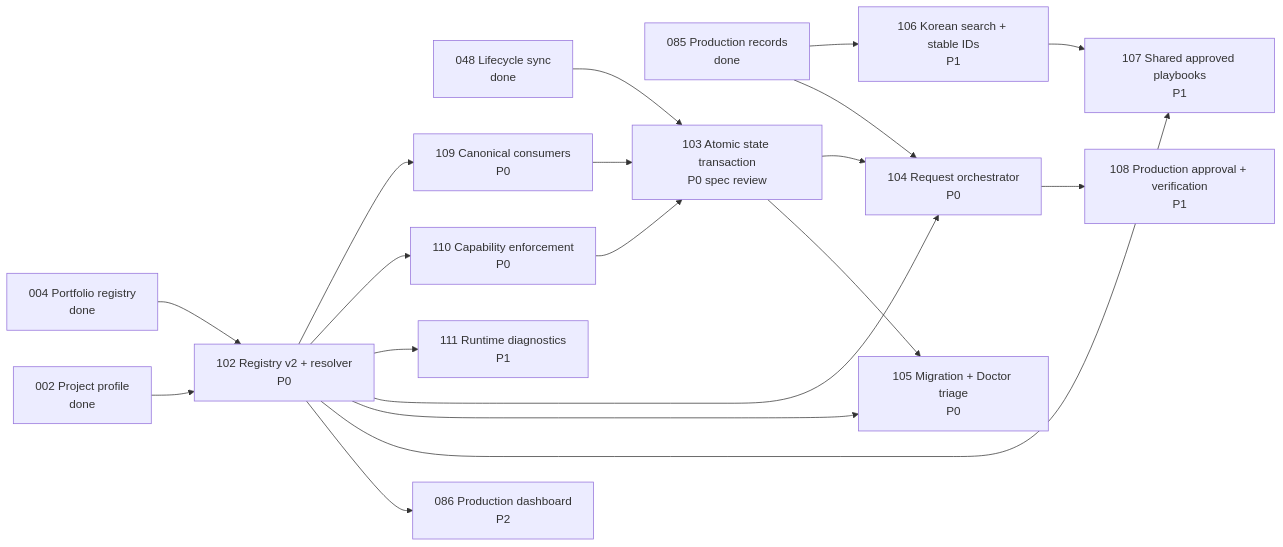
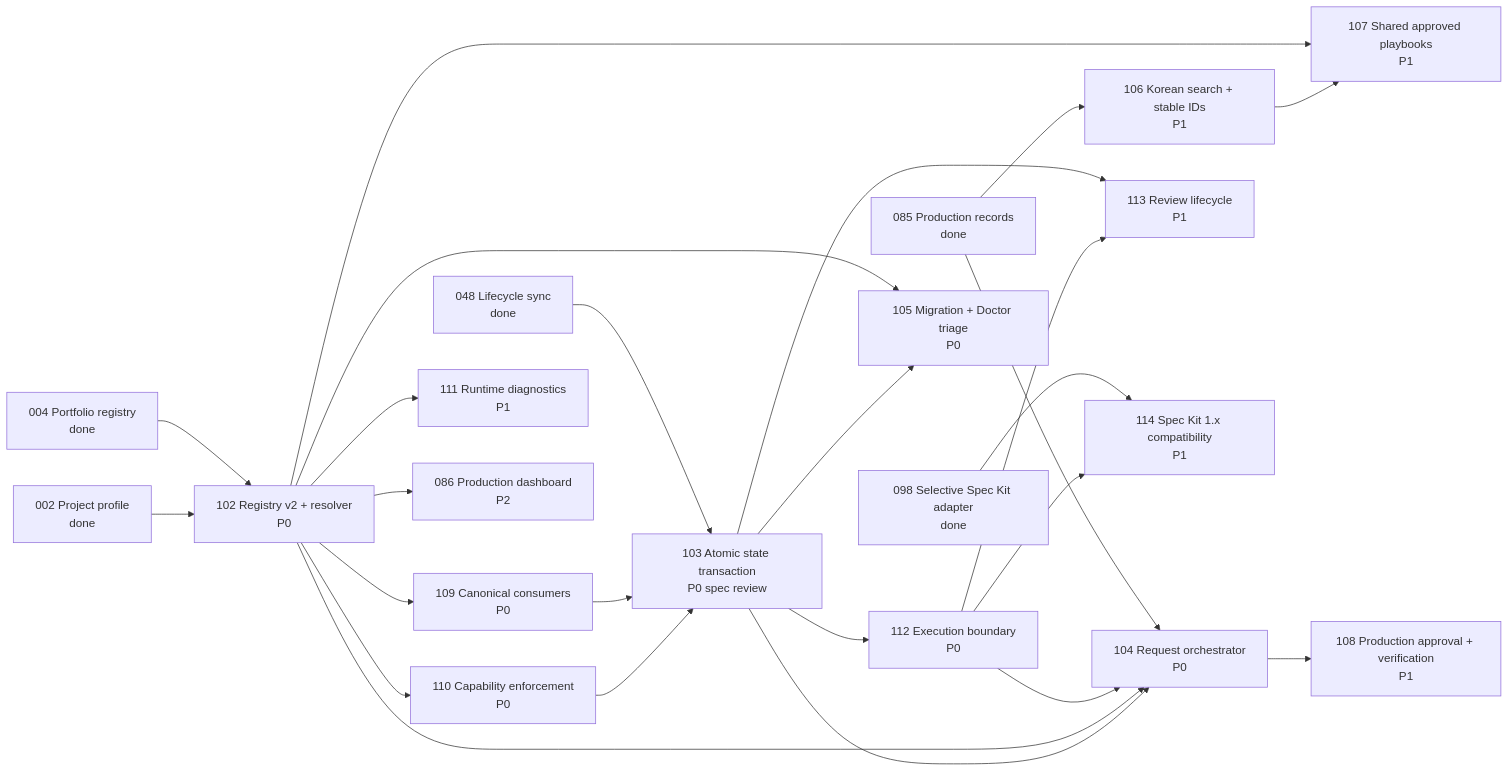
The diagram in workspace/goal.md (dongwonlee222/moduflow), drawn with Mermaid before and after one commit. The commit also changed other lines of this file and 11 other files, not shown here.

Commit message:
docs(roadmap): register execution governance follow-ups

````diff
--- a/workspace/goal.md
+++ b/workspace/goal.md
@@ -43,21 +46,27 @@
 ```mermaid
 flowchart LR
     I085[085 Production records\ndone] --> I106[106 Korean search + stable IDs\nP1]
     I085 --> I104[104 Request orchestrator\nP0]
     I048[048 Lifecycle sync\ndone] --> I103[103 Atomic state transaction\nP0 spec review]
     I004[004 Portfolio registry\ndone] --> I102[102 Registry v2 + resolver\nP0]
     I002[002 Project profile\ndone] --> I102
     I102 --> I109[109 Canonical consumers\nP0]
     I102 --> I110[110 Capability enforcement\nP0]
     I102 --> I111[111 Runtime diagnostics\nP1]
+    I103 --> I112[112 Execution boundary\nP0]
+    I112 --> I104
+    I103 --> I113[113 Review lifecycle\nP1]
+    I112 --> I113
+    I098[098 Selective Spec Kit adapter\ndone] --> I114[114 Spec Kit 1.x compatibility\nP1]
+    I112 --> I114
     I109 --> I103
     I110 --> I103
     I102 --> I104
     I103 --> I104
     I102 --> I105[105 Migration + Doctor triage\nP0]
     I103 --> I105
     I102 --> I107[107 Shared approved playbooks\nP1]
     I106 --> I107
     I104 --> I108[108 Production approval + verification\nP1]
     I102 --> I086[086 Production dashboard\nP2]
 ```
````
